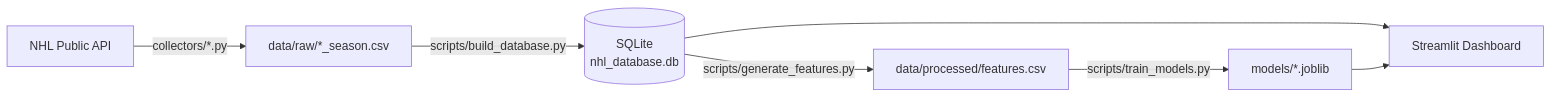
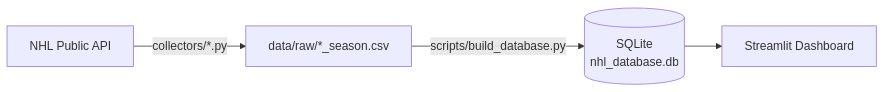
Before and after one commit to sbutler68375/hockey_dashboard: the diagram in README.md, drawn with Mermaid. The commit also changed other lines of this file and 12 other files, not shown here.

````diff
--- a/README.md
+++ b/README.md
@@ -30,9 +25,6 @@
 ```mermaid
 flowchart LR
     A[NHL Public API] -->|collectors/*.py| B[data/raw/*_season.csv]
     B -->|scripts/build_database.py| C[(SQLite\nnhl_database.db)]
-    C -->|scripts/generate_features.py| D[data/processed/features.csv]
-    D -->|scripts/train_models.py| E[models/*.joblib]
     C --> F[Streamlit Dashboard]
-    E --> F
 ```
````
